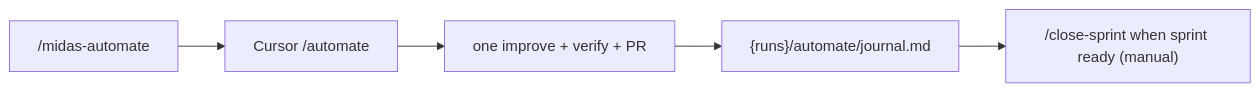
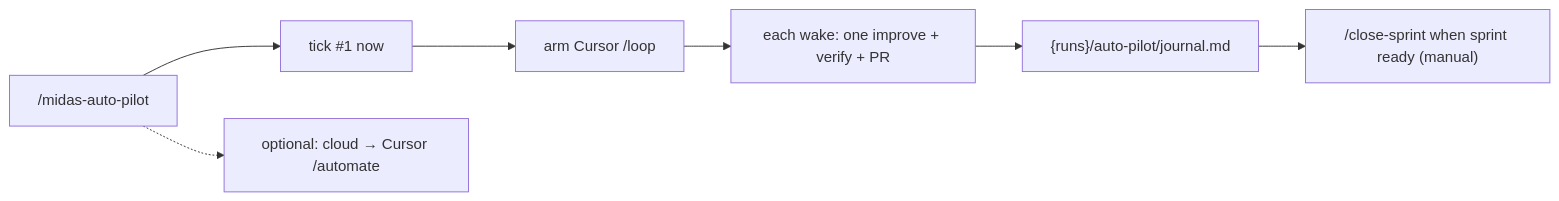
Before and after one commit to okuzpe/midas-harness: the fifth of 5 diagrams in docs/skill-flows.md, drawn with Mermaid. The commit also changed other lines of this file and 60 other files, not shown here.

First line of the commit message:
feat: release v2.6.0 — midas-auto-pilot local continuous mode

````diff
--- a/docs/skill-flows.md
+++ b/docs/skill-flows.md
@@ -133,7 +133,9 @@
 ```mermaid
 flowchart LR
-  Draft["/midas-automate"] --> CursorAuto["Cursor /automate"]
-  CursorAuto --> OneFix["one improve + verify + PR"]
-  OneFix --> Journal["{runs}/automate/journal.md"]
+  Start["/midas-auto-pilot"] --> Tick1["tick #1 now"]
+  Tick1 --> Loop["arm Cursor /loop"]
+  Loop --> OneFix["each wake: one improve + verify + PR"]
+  OneFix --> Journal["{runs}/auto-pilot/journal.md"]
   Journal --> Close["/close-sprint when sprint ready (manual)"]
+  Start -.-> Cloud["optional: cloud → Cursor /automate"]
 ```
````
